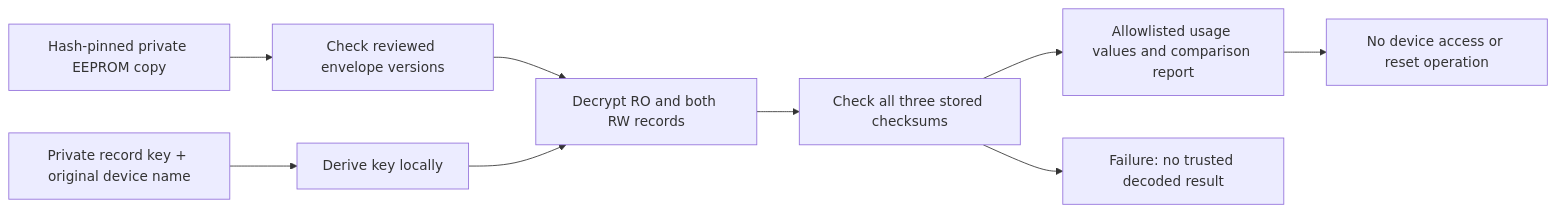
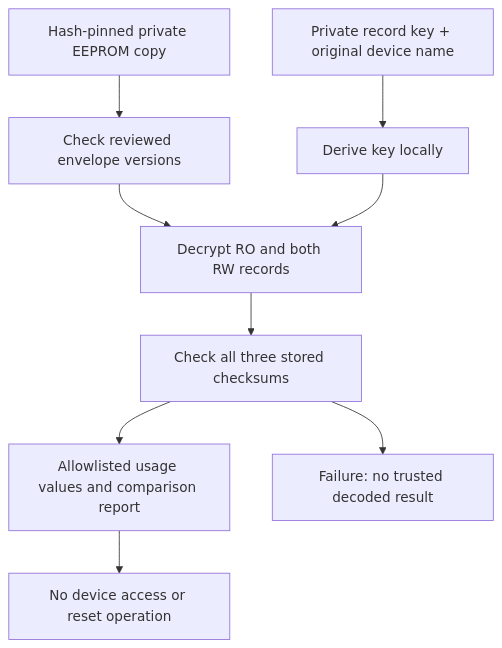
One commit to Zimbo88/form3-owner-root-source changed the diagram in docs/public/CARTRIDGE_DECODING.md. Above: the diagram before and after it, drawn with Mermaid. The commit also changed 8 other files, not shown here.

Commit message:
docs: fix cartridge reset Mermaid and review all diagrams

````diff
--- a/docs/public/CARTRIDGE_DECODING.md
+++ b/docs/public/CARTRIDGE_DECODING.md
@@ -41,11 +41,13 @@
 ```mermaid
-flowchart LR
+flowchart TD
+    accTitle: Offline cartridge decoding
+    accDescr: Local copies are version-checked and decrypted using the original record key and device name. Checksums gate the usage comparison report. No device access or reset occurs.
     E[Hash-pinned private EEPROM copy] --> R[Check reviewed envelope versions]
     K[Private record key + original device name] --> D[Derive key locally]
     R --> C[Decrypt RO and both RW records]
     D --> C
     C --> V[Check all three stored checksums]
     V --> P[Allowlisted usage values and comparison report]
     V --> F[Failure: no trusted decoded result]
     P --> N[No device access or reset operation]
 ```
````
